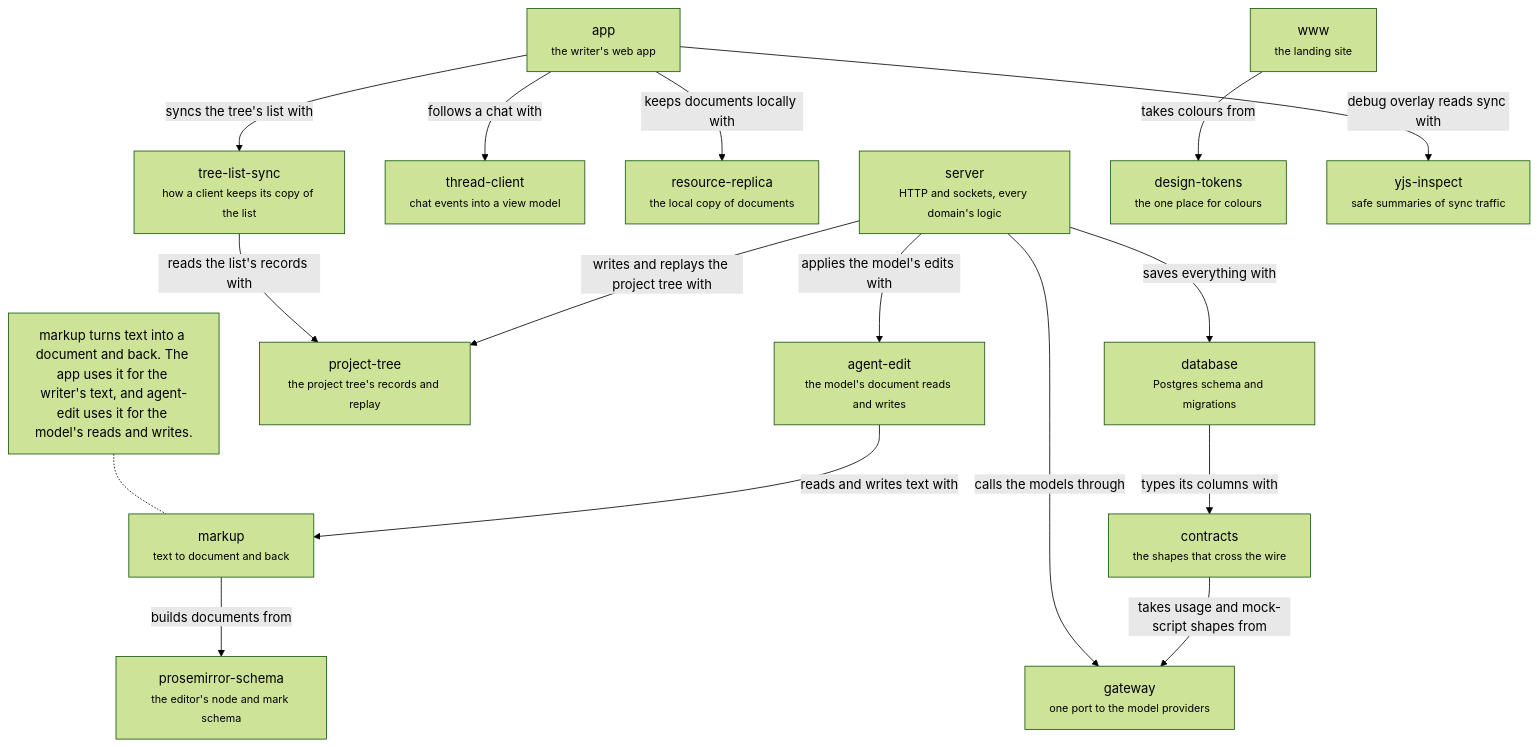
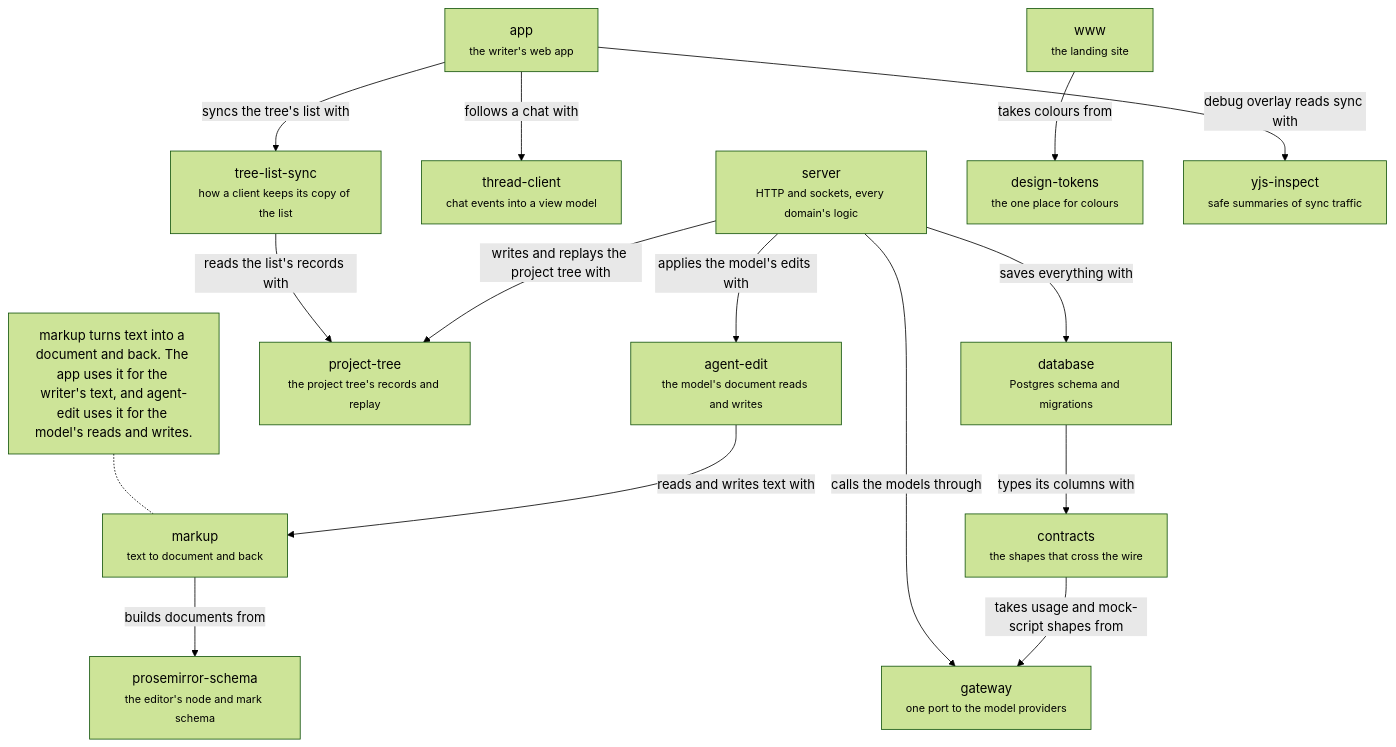
One commit to haowjy/meridian-flow changed the diagram in .context/system-architecture/code.md. Above: the diagram before and after it, drawn with Mermaid (forest theme). The commit also changed other lines of this file and 17 other files, not shown here.

Commit message:
project-tree (browser): docs, architecture map and state machine index follow the deleted replica; lint exceptions fixed

````diff
--- a/.context/system-architecture/code.md
+++ b/.context/system-architecture/code.md
@@ -9,34 +9,32 @@
 ```mermaid
 flowchart TB
   app["app<br/><small>the writer's web app</small>"]:::module
   server["server<br/><small>HTTP and sockets, every domain's logic</small>"]:::module
   www["www<br/><small>the landing site</small>"]:::module
   thread-client["thread-client<br/><small>chat events into a view model</small>"]:::package
-  resource-replica["resource-replica<br/><small>the local copy of documents</small>"]:::package
   agent-edit["agent-edit<br/><small>the model's document reads and writes</small>"]:::package
   project-tree["project-tree<br/><small>the project tree's records and replay</small>"]:::package
   tree-list-sync["tree-list-sync<br/><small>how a client keeps its copy of the list</small>"]:::package
   markup["markup<br/><small>text to document and back</small>"]:::package
   prosemirror-schema["prosemirror-schema<br/><small>the editor's node and mark schema</small>"]:::package
   database["database<br/><small>Postgres schema and migrations</small>"]:::package
   contracts["contracts<br/><small>the shapes that cross the wire</small>"]:::package
   design-tokens["design-tokens<br/><small>the one place for colours</small>"]:::package
   gateway["gateway<br/><small>one port to the model providers</small>"]:::package
   yjs-inspect["yjs-inspect<br/><small>safe summaries of sync traffic</small>"]:::package
   app -->|"follows a chat with"| thread-client
-  app -->|"keeps documents locally with"| resource-replica
   server -->|"applies the model's edits with"| agent-edit
   server -->|"saves everything with"| database
   agent-edit -->|"reads and writes text with"| markup
   markup -->|"builds documents from"| prosemirror-schema
   database -->|"types its columns with"| contracts
   contracts -->|"takes usage and mock-script shapes from"| gateway
   server -->|"calls the models through"| gateway
   www -->|"takes colours from"| design-tokens
   app -->|"debug overlay reads sync with"| yjs-inspect
   server -->|"writes and replays the project tree with"| project-tree
   app -->|"syncs the tree's list with"| tree-list-sync
   tree-list-sync -->|"reads the list's records with"| project-tree
   note1["markup turns text into a document and back. The app uses it for the writer's text, and agent-edit uses it for the model's reads and writes."]:::note
   note1 -.- markup
 ```
````
